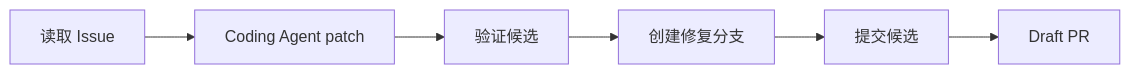
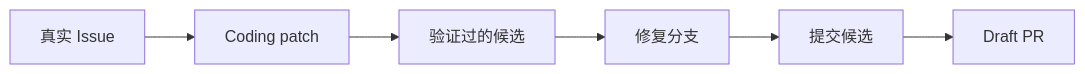
The fifth of 8 diagrams in docs/02-agent-topology-and-workflows.md (Arthur999459up/GitAgent), drawn with Mermaid before and after one commit. The commit also changed other lines of this file and 15 other files, not shown here.

````diff
--- a/docs/02-agent-topology-and-workflows.md
+++ b/docs/02-agent-topology-and-workflows.md
@@ -137,8 +132,8 @@
 ```mermaid
 flowchart LR
-    I[读取 Issue] --> C[Coding Agent patch]
-    C --> P[验证候选]
-    P --> B[创建修复分支]
+    I[真实 Issue] --> C[Coding patch]
+    C --> P[验证过的候选]
+    P --> B[修复分支]
     B --> K[提交候选]
     K --> D[Draft PR]
 ```
````
